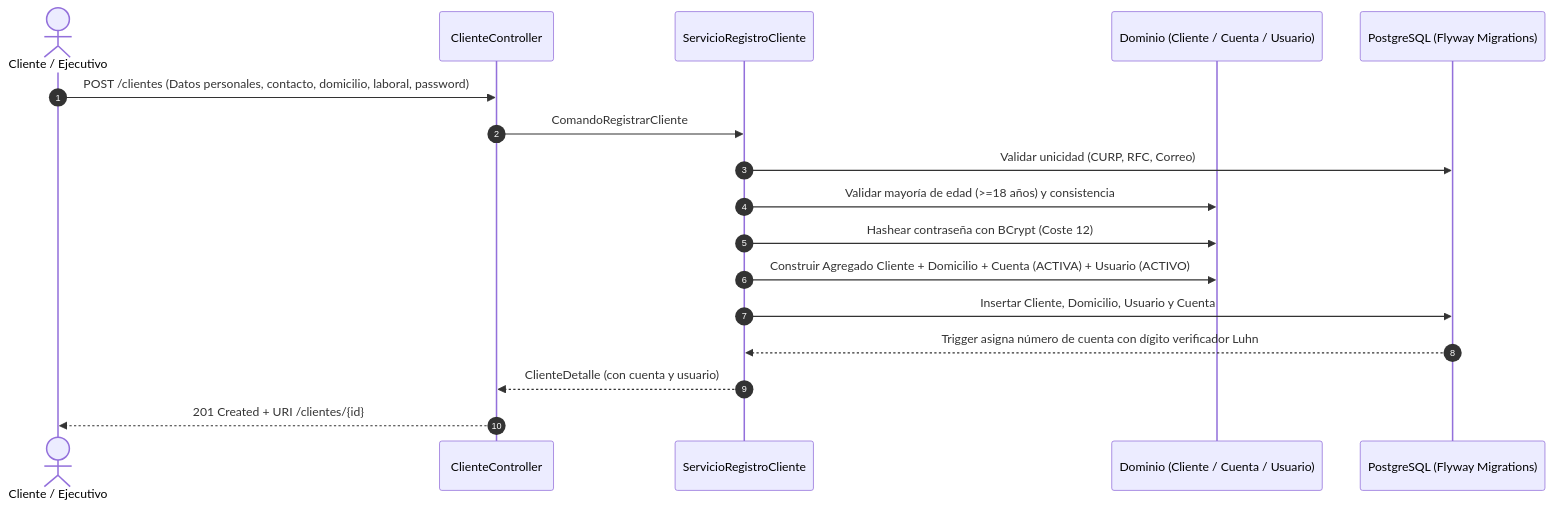
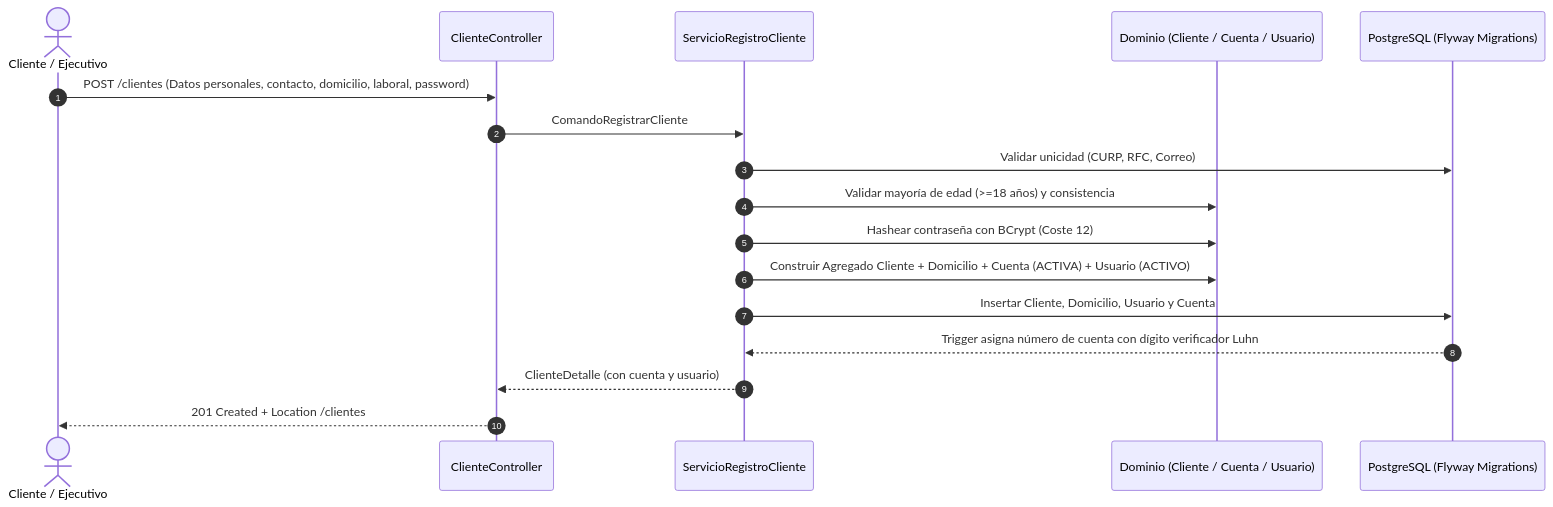
One commit to BryanArredon/onbording-clientes changed the second of 2 diagrams in README.md. Above: the diagram before and after it, drawn with Mermaid. The commit also changed other lines of this file and 30 other files, not shown here.

````diff
--- a/README.md
+++ b/README.md
@@ -122,20 +123,20 @@
 ```mermaid
 sequenceDiagram
     autonumber
     actor Cliente as Cliente / Ejecutivo
     participant API as ClienteController
     participant Svc as ServicioRegistroCliente
     participant Dom as Dominio (Cliente / Cuenta / Usuario)
     participant DB as PostgreSQL (Flyway Migrations)
 
     Cliente->>API: POST /clientes (Datos personales, contacto, domicilio, laboral, password)
     API->>Svc: ComandoRegistrarCliente
     Svc->>DB: Validar unicidad (CURP, RFC, Correo)
     Svc->>Dom: Validar mayoría de edad (>=18 años) y consistencia
     Svc->>Dom: Hashear contraseña con BCrypt (Coste 12)
     Svc->>Dom: Construir Agregado Cliente + Domicilio + Cuenta (ACTIVA) + Usuario (ACTIVO)
     Svc->>DB: Insertar Cliente, Domicilio, Usuario y Cuenta
     DB-->>Svc: Trigger asigna número de cuenta con dígito verificador Luhn
     Svc-->>API: ClienteDetalle (con cuenta y usuario)
-    API-->>Cliente: 201 Created + URI /clientes/{id}
+    API-->>Cliente: 201 Created + Location /clientes
 ```
````
